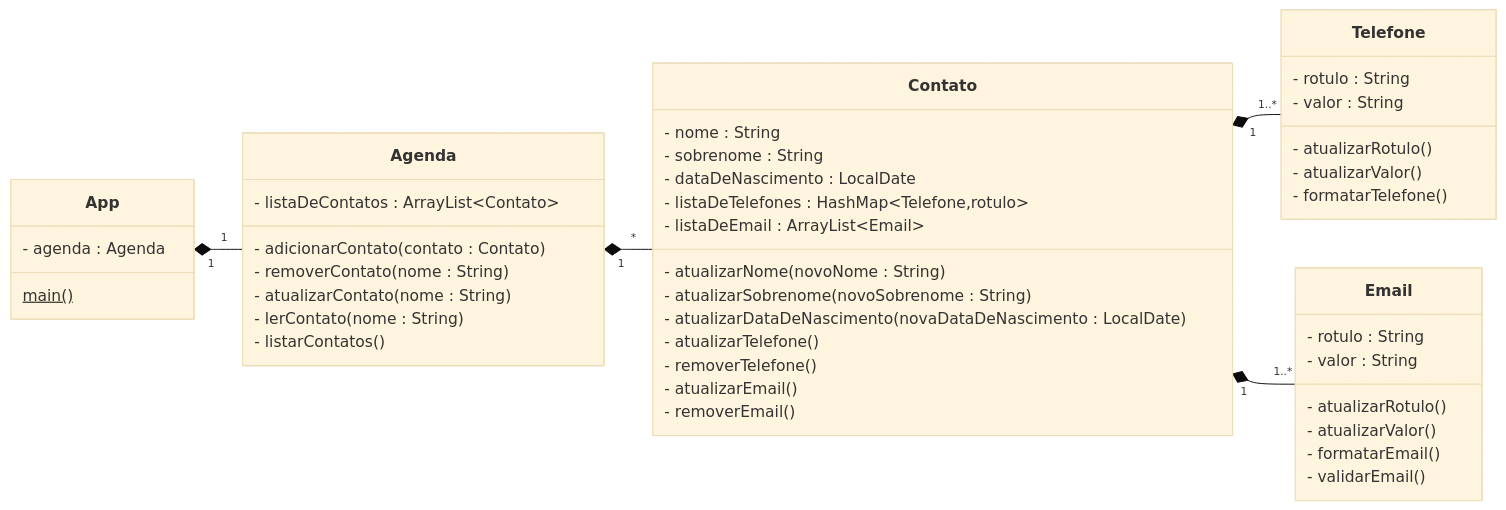
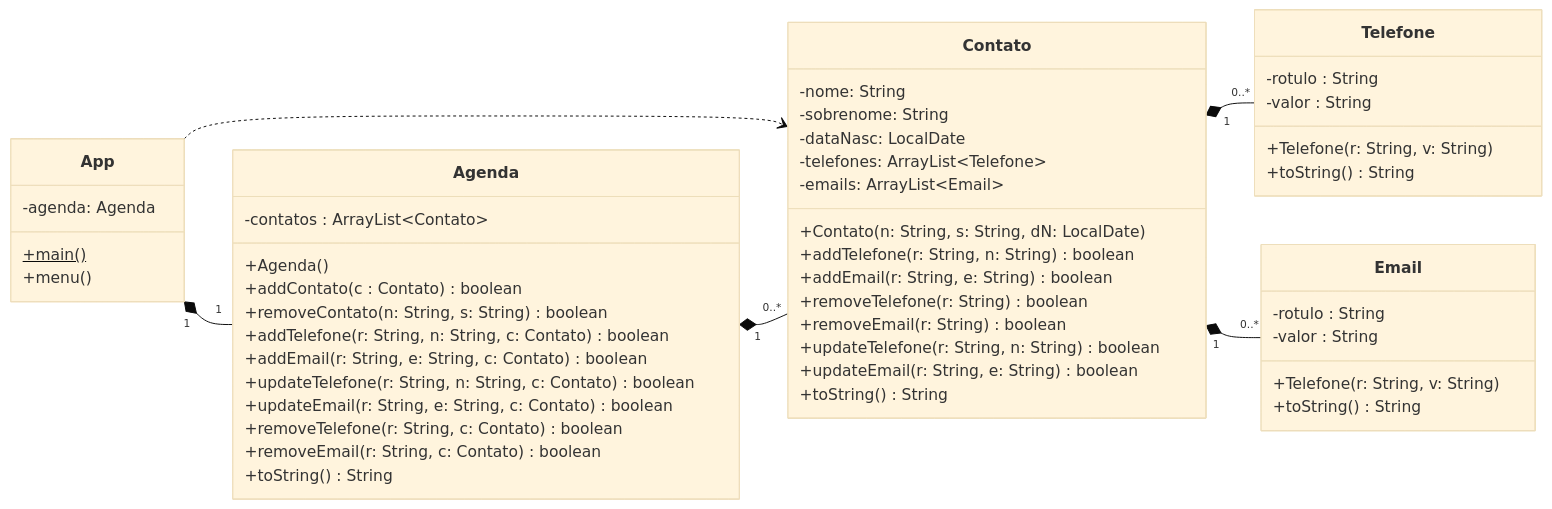
Before and after one commit to Kauan-13/IFSC_POO: the diagram in aula-09/README.md, drawn with Mermaid (base theme). The commit also changed 7 other files, not shown here.

````diff
--- a/aula-09/README.md
+++ b/aula-09/README.md
@@ -3,61 +3,66 @@
 ```mermaid
 classDiagram
     
     direction LR
     
     App "1" *-- "1" Agenda
-    Agenda "1" *-- "*" Contato
-    Contato "1" *-- "1..*" Telefone
-    Contato "1" *-- "1..*" Email
+    App ..> Contato
+    Agenda "1" *-- "0..*" Contato
+    Contato "1" *-- "0..*" Telefone
+    Contato "1" *-- "0..*" Email
     
     class App{
-        - agenda : Agenda
-        main()$
+        -agenda: Agenda
+        +main()$
+        +menu()
     }
     
     class Agenda{
-        - listaDeContatos : ArrayList~Contato~
+        -contatos : ArrayList~Contato~
         
-        - adicionarContato(contato : Contato)
-        - removerContato(nome : String)
-        - atualizarContato(nome : String)
-        - lerContato(nome : String)
-        - listarContatos()
+        +Agenda()
+        +addContato(c : Contato) boolean
+        +removeContato(n: String, s: String) boolean
+        +addTelefone(r: String, n: String, c: Contato) boolean
+        +addEmail(r: String, e: String, c: Contato) boolean
+        +updateTelefone(r: String, n: String, c: Contato) boolean
+        +updateEmail(r: String, e: String, c: Contato) boolean
+        +removeTelefone(r: String, c: Contato) boolean
+        +removeEmail(r: String, c: Contato) boolean
+        +toString() String
     }
 
     class Contato{
-        - nome : String
-        - sobrenome : String
-        - dataDeNascimento : LocalDate
-        - listaDeTelefones : HashMap~Telefone,rotulo~
-        - listaDeEmail : ArrayList~Email~
+        -nome: String
+        -sobrenome: String
+        -dataNasc: LocalDate
+        -telefones: ArrayList~Telefone~
+        -emails: ArrayList~Email~
         
-        - atualizarNome(novoNome : String)
-        - atualizarSobrenome(novoSobrenome : String)
-        - atualizarDataDeNascimento(novaDataDeNascimento : LocalDate)
-        - atualizarTelefone()
-        - removerTelefone()
-        - atualizarEmail()
-        - removerEmail()
+        +Contato(n: String, s: String, dN: LocalDate)
+        +addTelefone(r: String, n: String) boolean
+        +addEmail(r: String, e: String) boolean
+        +removeTelefone(r: String) boolean
+        +removeEmail(r: String) boolean
+        +updateTelefone(r: String, n: String) boolean
+        +updateEmail(r: String, e: String) boolean
+        +toString() String
     }
     
     class Telefone{
-        - rotulo : String
-        - valor : String
+        -rotulo : String
+        -valor : String
         
-        - atualizarRotulo()
-        - atualizarValor()
-        - formatarTelefone()
+        +Telefone(r: String, v: String)
+        +toString() String
     }
     
     class Email{
-        - rotulo : String
-        - valor : String
+        -rotulo : String
+        -valor : String
 
-        - atualizarRotulo()
-        - atualizarValor()
-        - formatarEmail()
-        - validarEmail()
+        +Telefone(r: String, v: String)
+        +toString() String
     }
 
 ```
````
